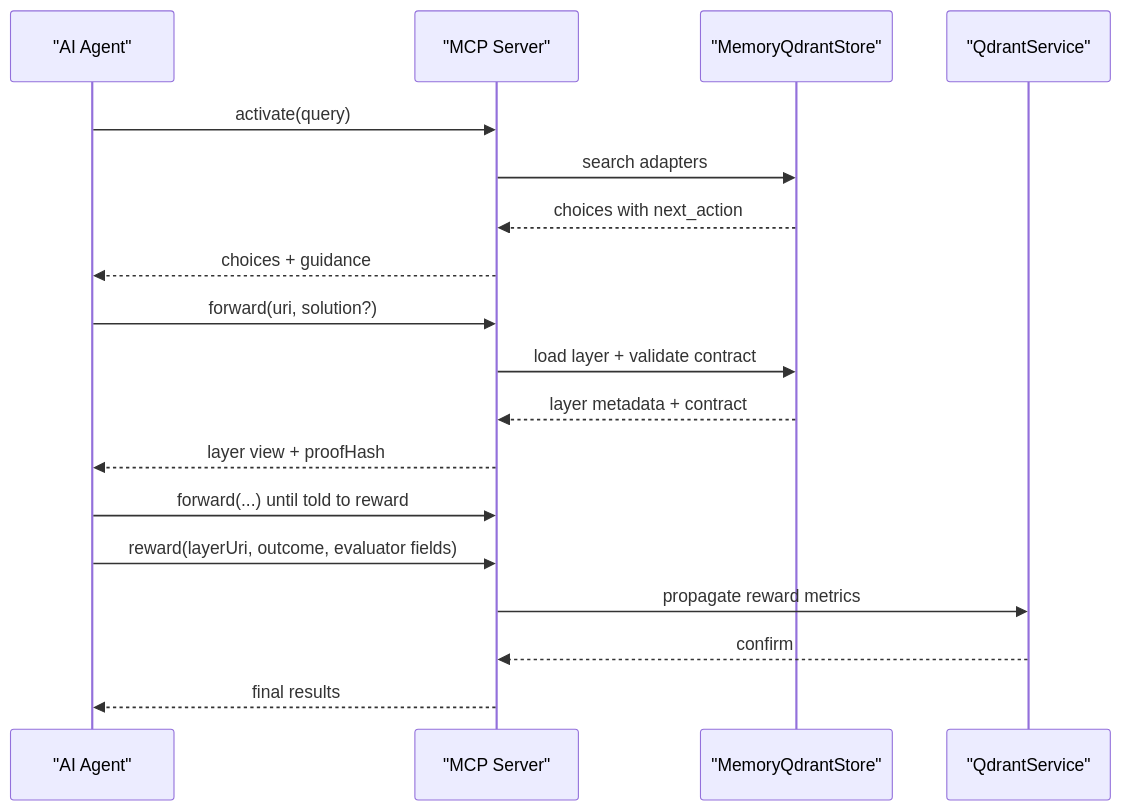
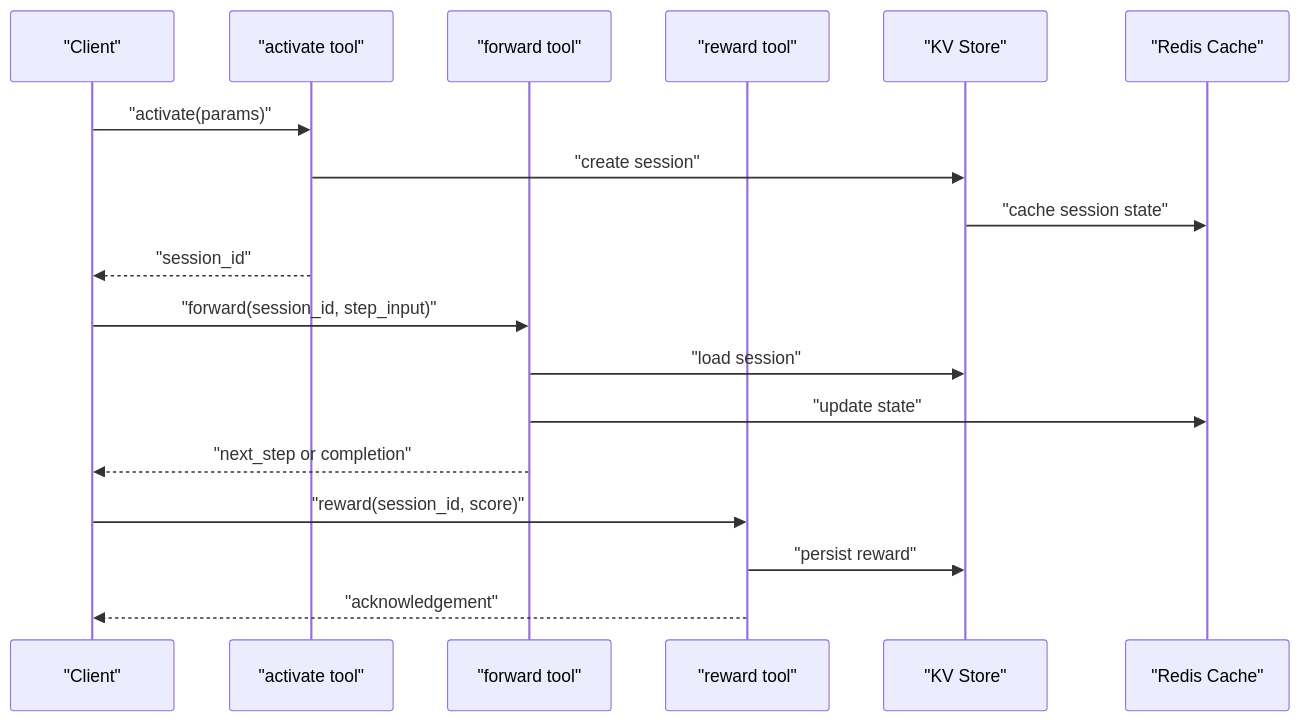
The fifth of 9 diagrams in .qoder/repowiki/en/content/Project Overview/Project Overview.md (debian777/kairos-mcp), drawn with Mermaid before and after one commit. The commit also changed other lines of this file and 724 other files, not shown here.

````diff
--- a/.qoder/repowiki/en/content/Project Overview/Project Overview.md
+++ b/.qoder/repowiki/en/content/Project Overview/Project Overview.md
@@ -325,20 +306,20 @@
 ```mermaid
 sequenceDiagram
-participant Agent as "AI Agent"
-participant MCP as "MCP Server"
-participant Store as "MemoryQdrantStore"
-participant Qdrant as "QdrantService"
-Agent->>MCP : activate(query)
-MCP->>Store : search adapters
-Store-->>MCP : choices with next_action
-MCP-->>Agent : choices + guidance
-Agent->>MCP : forward(uri, solution?)
-MCP->>Store : load layer + validate contract
-Store-->>MCP : layer metadata + contract
-MCP-->>Agent : layer view + proofHash
-Agent->>MCP : forward(...) until told to reward
-Agent->>MCP : reward(layerUri, outcome, evaluator fields)
-MCP->>Qdrant : propagate reward metrics
-Qdrant-->>MCP : confirm
-MCP-->>Agent : final results
+participant Client as "Client"
+participant Act as "activate tool"
+participant Fwd as "forward tool"
+participant Rwd as "reward tool"
+participant KV as "KV Store"
+participant Redis as "Redis Cache"
+Client->>Act : "activate(params)"
+Act->>KV : "create session"
+KV->>Redis : "cache session state"
+Act-->>Client : "session_id"
+Client->>Fwd : "forward(session_id, step_input)"
+Fwd->>KV : "load session"
+Fwd->>Redis : "update state"
+Fwd-->>Client : "next_step or completion"
+Client->>Rwd : "reward(session_id, score)"
+Rwd->>KV : "persist reward"
+Rwd-->>Client : "acknowledgement"
 ```
````
